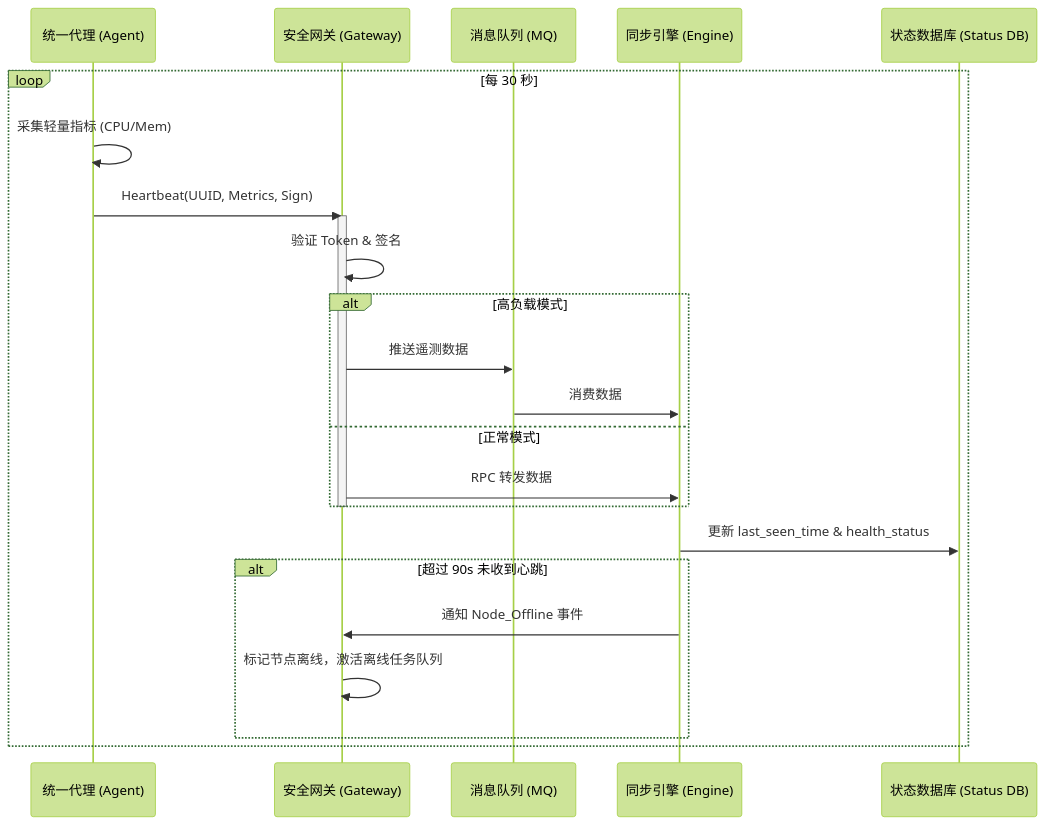
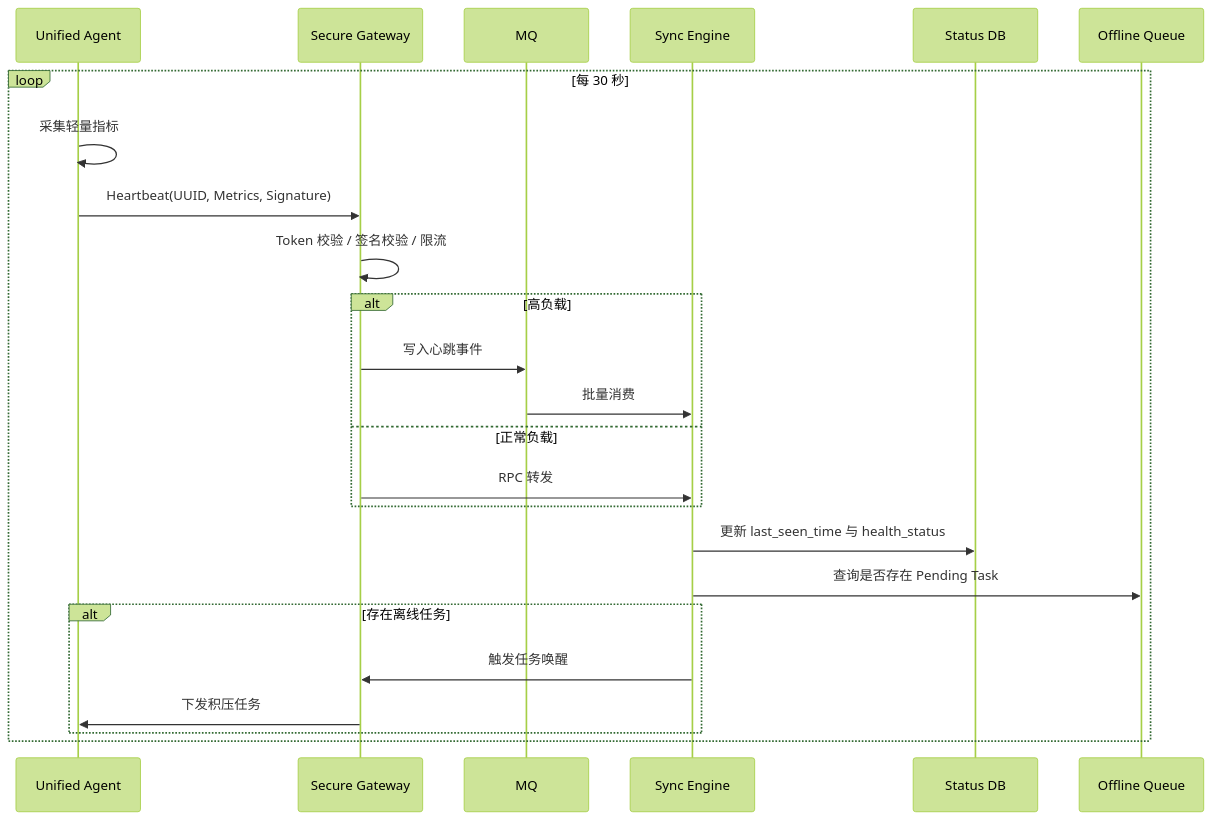
The fourth of 13 diagrams in src/content/note/zh-cn/uisa-architecture-design.md (DavidHLP/DavidHLP.github.io), drawn with Mermaid (forest theme) before and after one commit. The commit also changed other lines of this file and 41 other files, not shown here.

````diff
--- a/src/content/note/zh-cn/uisa-architecture-design.md
+++ b/src/content/note/zh-cn/uisa-architecture-design.md
@@ -94,31 +279,30 @@
 ```mermaid
 sequenceDiagram
-    participant Agent as 统一代理 (Agent)
-    participant Gateway as 安全网关 (Gateway)
-    participant MQ as 消息队列 (MQ)
-    participant Engine as 同步引擎 (Engine)
-    participant StatusDB as 状态数据库 (Status DB)
+    participant Agent as Unified Agent
+    participant Gateway as Secure Gateway
+    participant MQ as MQ
+    participant Engine as Sync Engine
+    participant StatusDB as Status DB
+    participant Queue as Offline Queue
 
     loop 每 30 秒
-        Agent->>Agent: 采集轻量指标 (CPU/Mem)
-        Agent->>Gateway: Heartbeat(UUID, Metrics, Sign)
-        
-        activate Gateway
-        Gateway->>Gateway: 验证 Token & 签名
-        
-        alt 高负载模式
-            Gateway->>MQ: 推送遥测数据
-            MQ->>Engine: 消费数据
-        else 正常模式
-            Gateway->>Engine: RPC 转发数据
+        Agent->>Agent: 采集轻量指标
+        Agent->>Gateway: Heartbeat(UUID, Metrics, Signature)
+        Gateway->>Gateway: Token 校验 / 签名校验 / 限流
+
+        alt 高负载
+            Gateway->>MQ: 写入心跳事件
+            MQ->>Engine: 批量消费
+        else 正常负载
+            Gateway->>Engine: RPC 转发
         end
-        deactivate Gateway
-        
-        Engine->>StatusDB: 更新 last_seen_time & health_status
-        
-        alt 超过 90s 未收到心跳
-            Engine->>Gateway: 通知 Node_Offline 事件
-            Gateway->>Gateway: 标记节点离线，激活离线任务队列
+
+        Engine->>StatusDB: 更新 last_seen_time 与 health_status
+        Engine->>Queue: 查询是否存在 Pending Task
+
+        alt 存在离线任务
+            Engine->>Gateway: 触发任务唤醒
+            Gateway->>Agent: 下发积压任务
         end
     end
 ```
````
